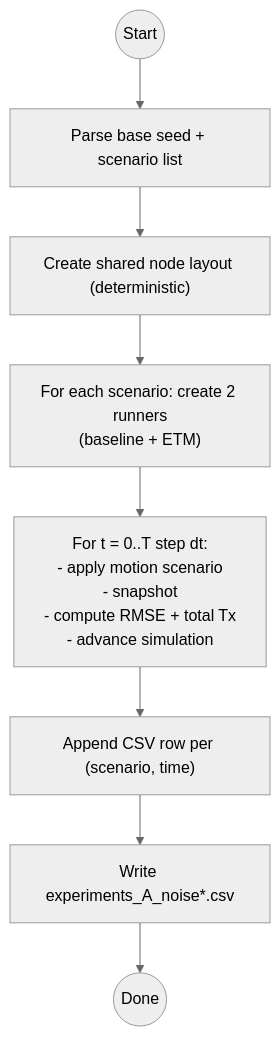
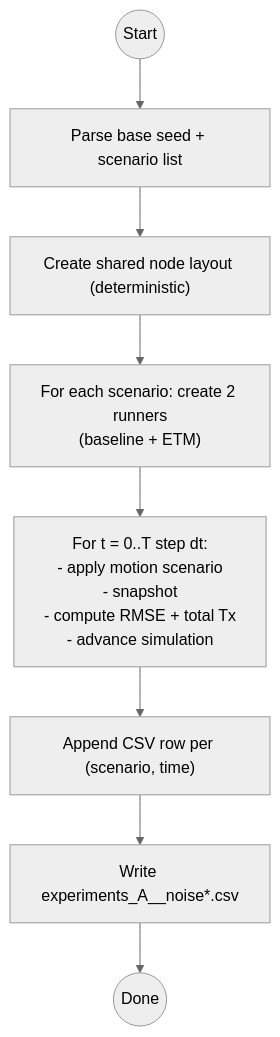
Before and after one commit to ChickenSalsahub/ICUM-SIM: the first of 5 diagrams in src/experiments/README.md, drawn with Mermaid (neutral theme). The commit also changed other lines of this file and 5 other files, not shown here.

````diff
--- a/src/experiments/README.md
+++ b/src/experiments/README.md
@@ -66,10 +71,10 @@
 ```mermaid
 flowchart TD
   A0(("Start")) --> A1["Parse base seed + scenario list"]
   A1 --> A2["Create shared node layout (deterministic)"]
   A2 --> A3["For each scenario: create 2 runners\n(baseline + ETM)"]
   A3 --> A4["For t = 0..T step dt:\n- apply motion scenario\n- snapshot\n- compute RMSE + total Tx\n- advance simulation"]
   A4 --> A5["Append CSV row per (scenario, time)"]
-  A5 --> A6["Write experiments_A_noise*.csv"]
+  A5 --> A6["Write experiments_A_<scenario>_noise*.csv"]
   A6 --> A7(("Done"))
 ```
````
